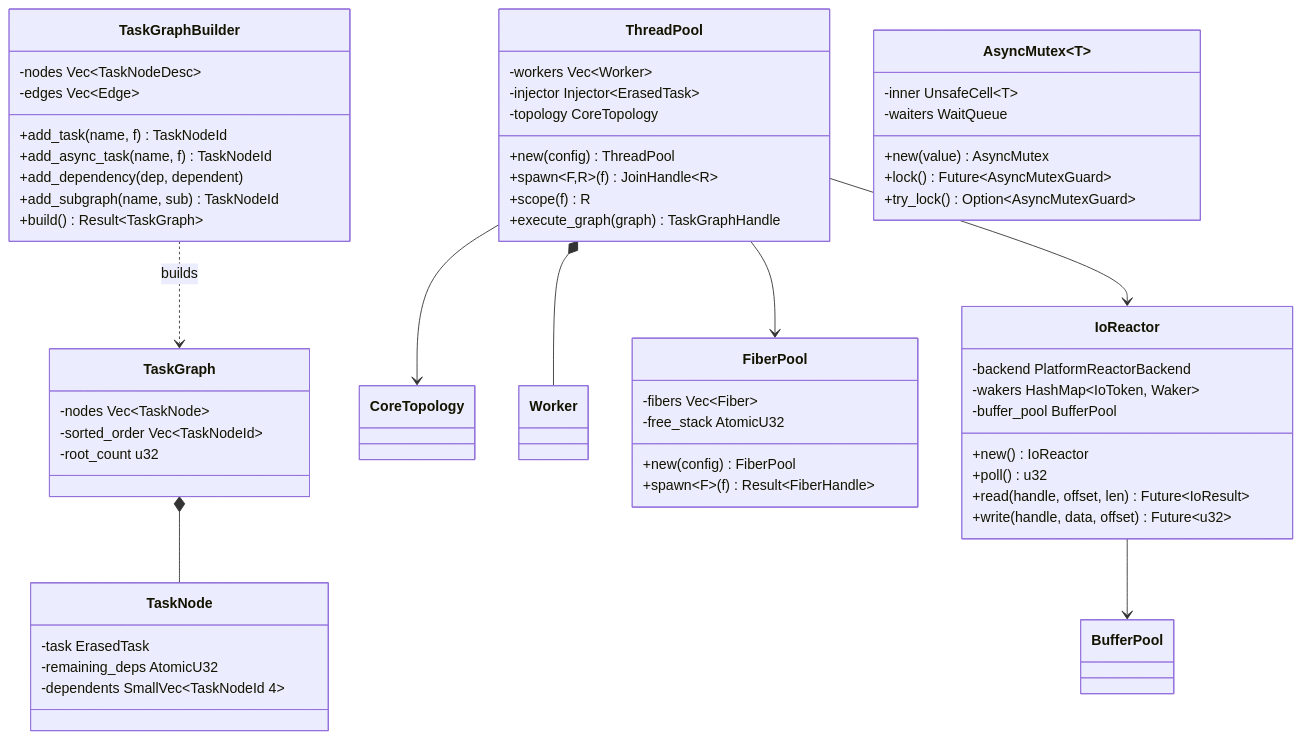
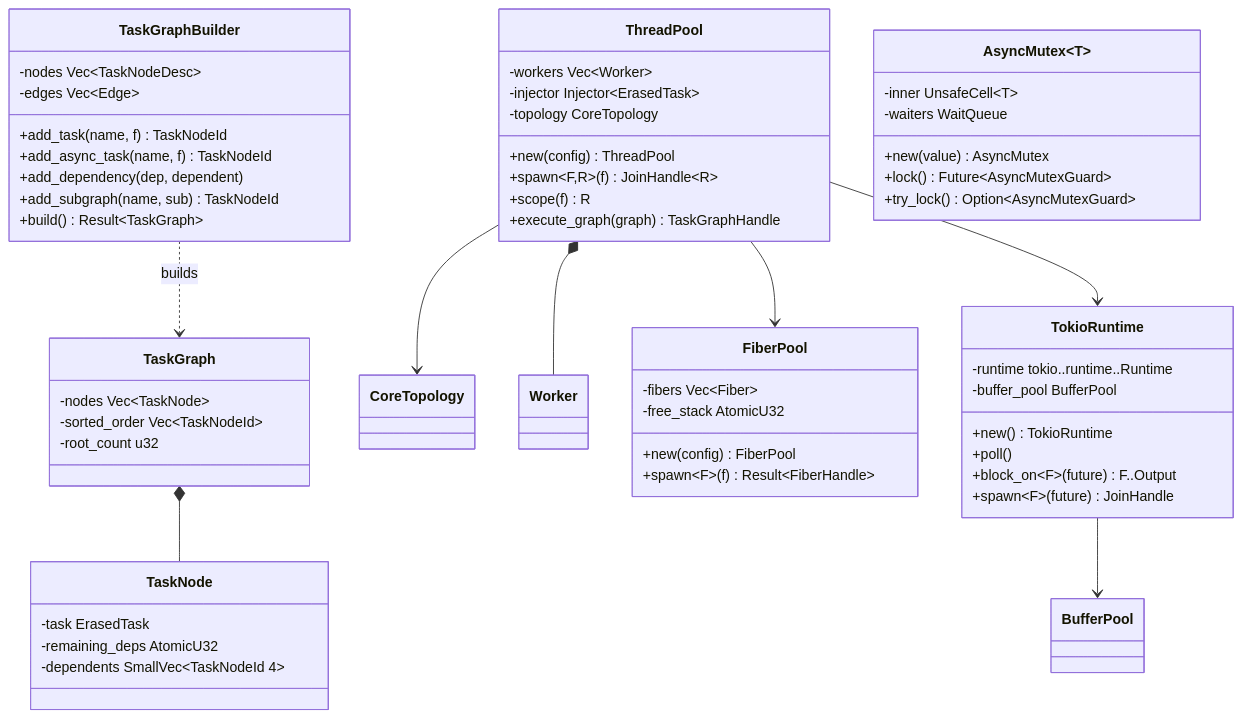
Before and after one commit to harmonius-dev/harmonius: the fourth of 6 diagrams in docs/design/platform/threading.md, drawn with Mermaid. The commit also changed other lines of this file and 229 other files, not shown here.

````diff
--- a/docs/design/platform/threading.md
+++ b/docs/design/platform/threading.md
@@ -199,67 +186,66 @@
 ```mermaid
 classDiagram
-    class IoReactor {
-        -backend PlatformReactorBackend
-        -wakers HashMap~IoToken, Waker~
+    class TokioRuntime {
+        -runtime tokio..runtime..Runtime
         -buffer_pool BufferPool
-        +new() IoReactor
-        +poll() u32
-        +read(handle, offset, len) Future~IoResult~
-        +write(handle, data, offset) Future~u32~
+        +new() TokioRuntime
+        +poll()
+        +block_on~F~(future) F..Output
+        +spawn~F~(future) JoinHandle
     }
 
     class ThreadPool {
         -workers Vec~Worker~
         -injector Injector~ErasedTask~
         -topology CoreTopology
         +new(config) ThreadPool
         +spawn~F,R~(f) JoinHandle~R~
         +scope(f) R
         +execute_graph(graph) TaskGraphHandle
     }
 
     class TaskGraphBuilder {
         -nodes Vec~TaskNodeDesc~
         -edges Vec~Edge~
         +add_task(name, f) TaskNodeId
         +add_async_task(name, f) TaskNodeId
         +add_dependency(dep, dependent)
         +add_subgraph(name, sub) TaskNodeId
         +build() Result~TaskGraph~
     }
 
     class TaskGraph {
         -nodes Vec~TaskNode~
         -sorted_order Vec~TaskNodeId~
         -root_count u32
     }
 
     class TaskNode {
         -task ErasedTask
         -remaining_deps AtomicU32
         -dependents SmallVec~TaskNodeId 4~
     }
 
     class FiberPool {
         -fibers Vec~Fiber~
         -free_stack AtomicU32
         +new(config) FiberPool
         +spawn~F~(f) Result~FiberHandle~
     }
 
     class AsyncMutex~T~ {
         -inner UnsafeCell~T~
         -waiters WaitQueue
         +new(value) AsyncMutex
         +lock() Future~AsyncMutexGuard~
         +try_lock() Option~AsyncMutexGuard~
     }
 
     ThreadPool --> CoreTopology
     ThreadPool *-- Worker
     ThreadPool --> FiberPool
-    ThreadPool --> IoReactor
+    ThreadPool --> TokioRuntime
     TaskGraphBuilder ..> TaskGraph : builds
     TaskGraph *-- TaskNode
-    IoReactor --> BufferPool
+    TokioRuntime --> BufferPool
 ```
````
